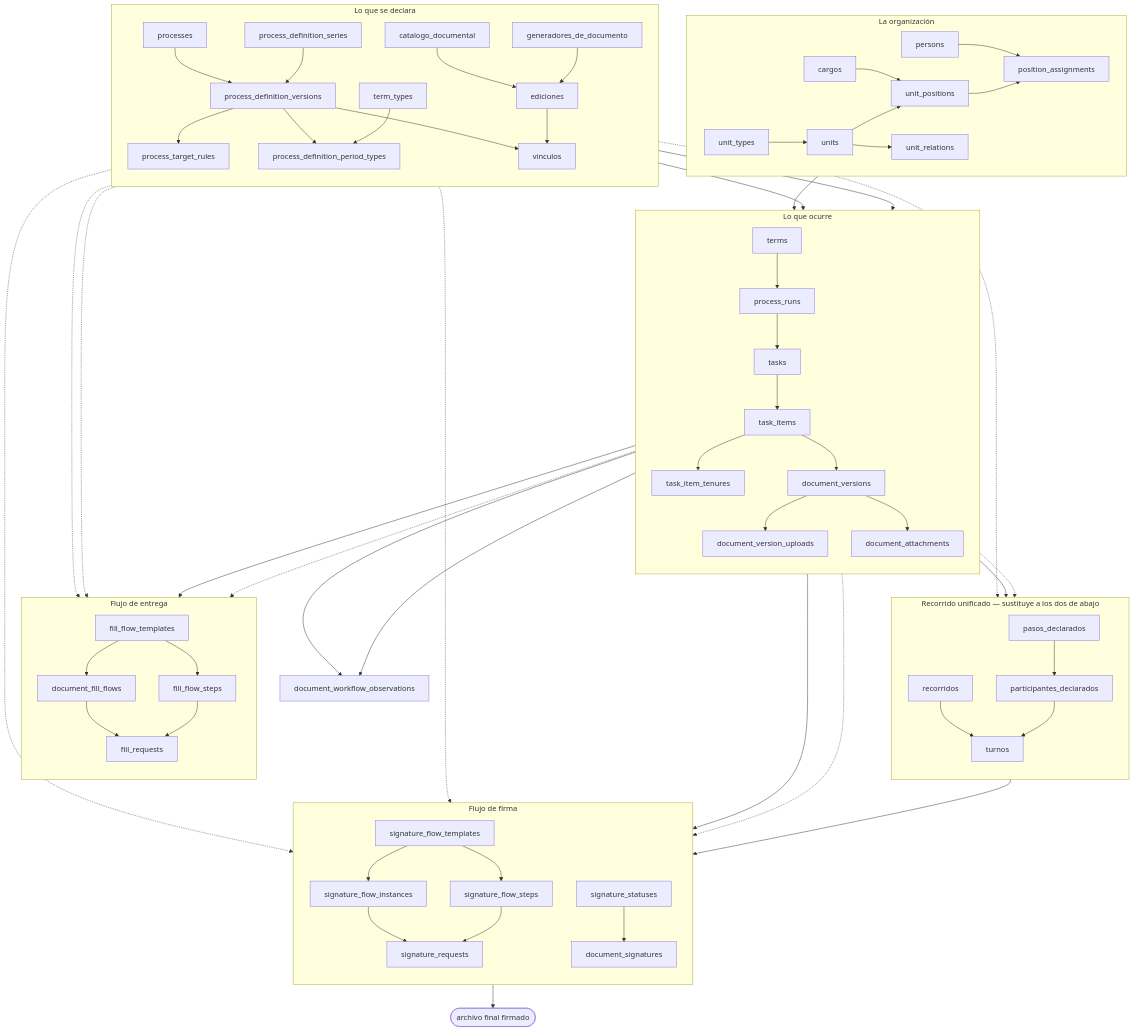
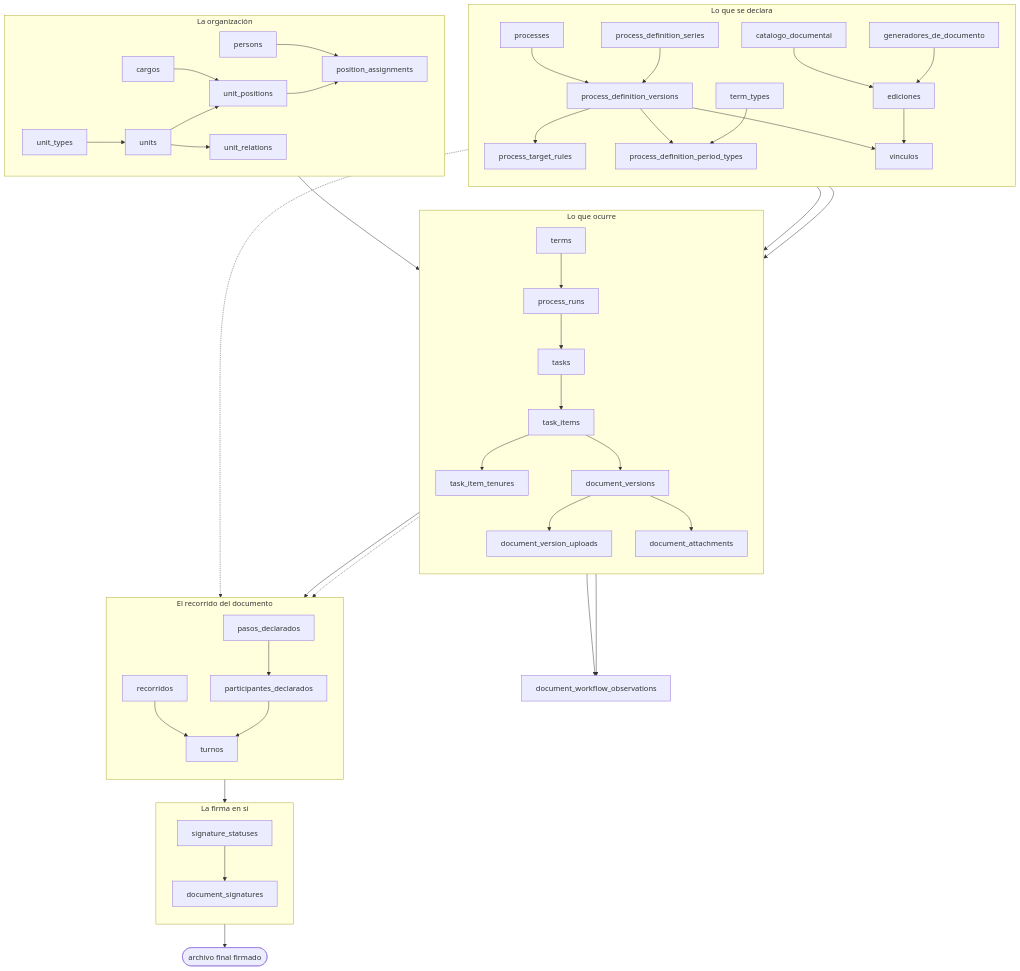
One commit to fresvel/deasy changed the diagram in docs/src/content/docs/modelo/mapa-completo.md. Above: the diagram before and after it, drawn with Mermaid. The commit also changed other lines of this file and 71 other files, not shown here.

````diff
--- a/docs/src/content/docs/modelo/mapa-completo.md
+++ b/docs/src/content/docs/modelo/mapa-completo.md
@@ -22,79 +22,59 @@
 ```mermaid
 flowchart TB
   subgraph ORG["La organización"]
     direction LR
     UT["unit_types"] --> U["units"]
     U --> UP["unit_positions"]
     C["cargos"] --> UP
     UP --> PA["position_assignments"]
     P["persons"] --> PA
     U --> UR["unit_relations"]
   end
 
   subgraph DECL["Lo que se declara"]
     direction TB
     PR["processes"] --> PDV["process_definition_versions"]
     SER["process_definition_series"] --> PDV
     PDV --> PTR["process_target_rules"]
     PDV --> PDPT["process_definition_period_types"]
     TT["term_types"] --> PDPT
     DEL["catalogo_documental"] --> TA["ediciones"]
     GEN["generadores_de_documento"] --> TA
     PDV --> PDT["vinculos"]
     TA --> PDT
   end
 
   subgraph EJEC["Lo que ocurre"]
     direction TB
     PDV --> RUN["process_runs"]
     TERM["terms"] --> RUN
     RUN --> T["tasks"]
     T --> TI["task_items"]
     PDT --> TI
     UP --> TI
     TI --> TEN["task_item_tenures"]
     TI --> DV["document_versions"]
     DV --> DVU["document_version_uploads"]
     DV --> DA["document_attachments"]
   end
 
-  subgraph ENT["Flujo de entrega"]
-    direction TB
-    FFT["fill_flow_templates"] --> FFS["fill_flow_steps"]
-    FFT --> DFF["document_fill_flows"]
-    DFF --> FR["fill_requests"]
-    FFS --> FR
-  end
-
-  subgraph REC["Recorrido unificado — sustituye a los dos de abajo"]
+  subgraph REC["El recorrido del documento"]
     direction TB
     PASO["pasos_declarados"] --> PART["participantes_declarados"]
     RECO["recorridos"] --> TUR["turnos"]
     PART --> TUR
   end
 
-  subgraph FIR["Flujo de firma"]
+  subgraph FIR["La firma en sí"]
     direction TB
-    SFT["signature_flow_templates"] --> SFS["signature_flow_steps"]
-    SFT --> SFI["signature_flow_instances"]
-    SFI --> SR["signature_requests"]
-    SFS --> SR
     TUR --> DS["document_signatures"]
     SS["signature_statuses"] --> DS
   end
 
-  TA -.-> FFT
-  PDT -.-> FFT
-  TI -.-> FFT
-  TA -.-> SFT
-  PDT -.-> SFT
-  TI -.-> SFT
-  DV --> DFF
-  DV --> SFI
   TA -.-> PASO
   TI -.-> PASO
   DV --> RECO
   DS --> FIN(["archivo final firmado"])
   TI --> OBS["document_workflow_observations"]
   DV --> OBS
 ```
````
